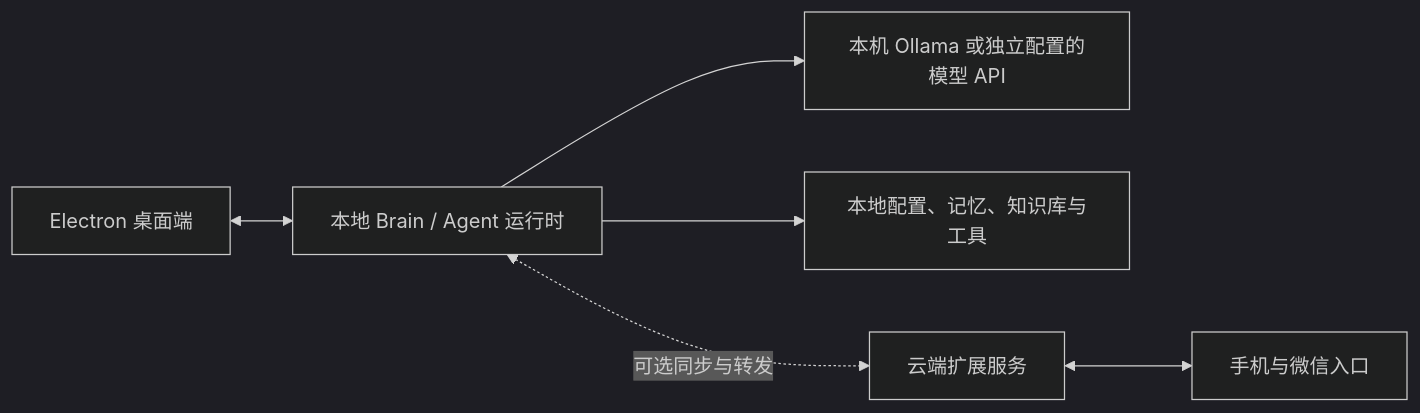
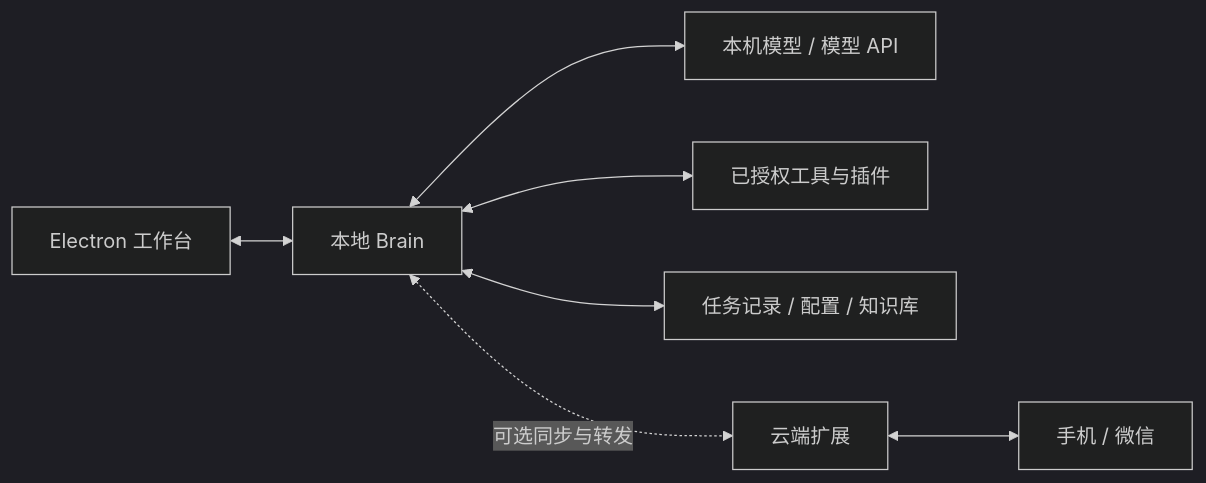
One commit to limingyi2/vigil changed the diagram in README.md. Above: the diagram before and after it, drawn with Mermaid (dark theme). The commit also changed other lines of this file and 3 other files, not shown here.

````diff
--- a/README.md
+++ b/README.md
@@ -43,8 +58,9 @@
 ```mermaid
 flowchart LR
-  Desktop[Electron 桌面端] <--> Local[本地 Brain / Agent 运行时]
-  Local --> Model[本机 Ollama 或独立配置的模型 API]
-  Local --> Data[本地配置、记忆、知识库与工具]
-  Local <-. 可选同步与转发 .-> Cloud[云端扩展服务]
-  Cloud <--> Mobile[手机与微信入口]
+    UI[Electron 工作台] <--> Brain[本地 Brain]
+    Brain <--> Model[本机模型 / 模型 API]
+    Brain <--> Tools[已授权工具与插件]
+    Brain <--> Store[任务记录 / 配置 / 知识库]
+    Brain <-. 可选同步与转发 .-> Cloud[云端扩展]
+    Cloud <--> Other[手机 / 微信]
 ```
````
